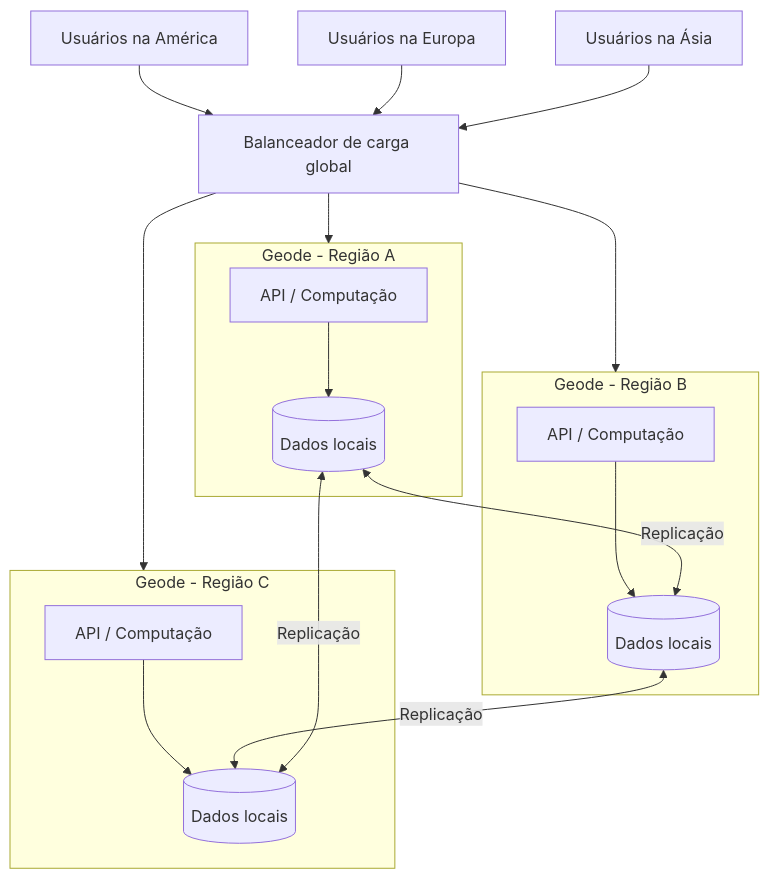
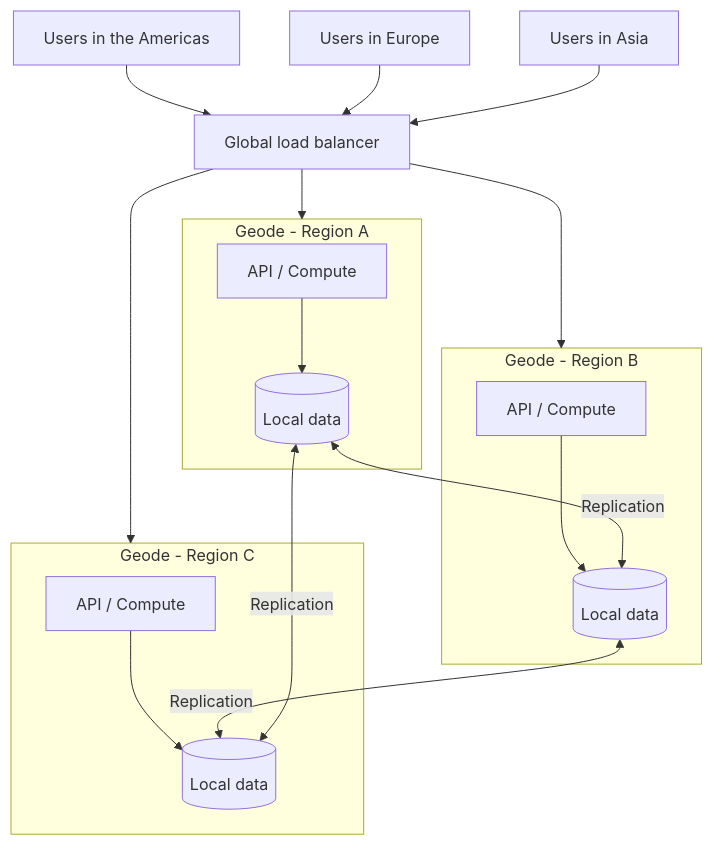
Before and after one commit to alancesar/design-patterns: the diagram in docs/cloud/cloud-design-patterns/deployment-and-topology/geodes.md, drawn with Mermaid. The commit also changed 258 other files, not shown here.

First line of the commit message:
Translate Mermaid diagrams to English

````diff
--- a/docs/cloud/cloud-design-patterns/deployment-and-topology/geodes.md
+++ b/docs/cloud/cloud-design-patterns/deployment-and-topology/geodes.md
@@ -64,24 +64,24 @@
 ```mermaid
 flowchart TB
-    U1["Usuários na América"] --> LB["Balanceador de carga global"]
-    U2["Usuários na Europa"] --> LB
-    U3["Usuários na Ásia"] --> LB
+    U1["Users in the Americas"] --> LB["Global load balancer"]
+    U2["Users in Europe"] --> LB
+    U3["Users in Asia"] --> LB
 
     LB --> G1
     LB --> G2
     LB --> G3
 
-    subgraph G1["Geode - Região A"]
-        A1["API / Computação"] --> D1[("Dados locais")]
+    subgraph G1["Geode - Region A"]
+        A1["API / Compute"] --> D1[("Local data")]
     end
-    subgraph G2["Geode - Região B"]
-        A2["API / Computação"] --> D2[("Dados locais")]
+    subgraph G2["Geode - Region B"]
+        A2["API / Compute"] --> D2[("Local data")]
     end
-    subgraph G3["Geode - Região C"]
-        A3["API / Computação"] --> D3[("Dados locais")]
+    subgraph G3["Geode - Region C"]
+        A3["API / Compute"] --> D3[("Local data")]
     end
 
-    D1 <-->|"Replicação"| D2
-    D2 <-->|"Replicação"| D3
-    D1 <-->|"Replicação"| D3
+    D1 <-->|"Replication"| D2
+    D2 <-->|"Replication"| D3
+    D1 <-->|"Replication"| D3
 ```
````
